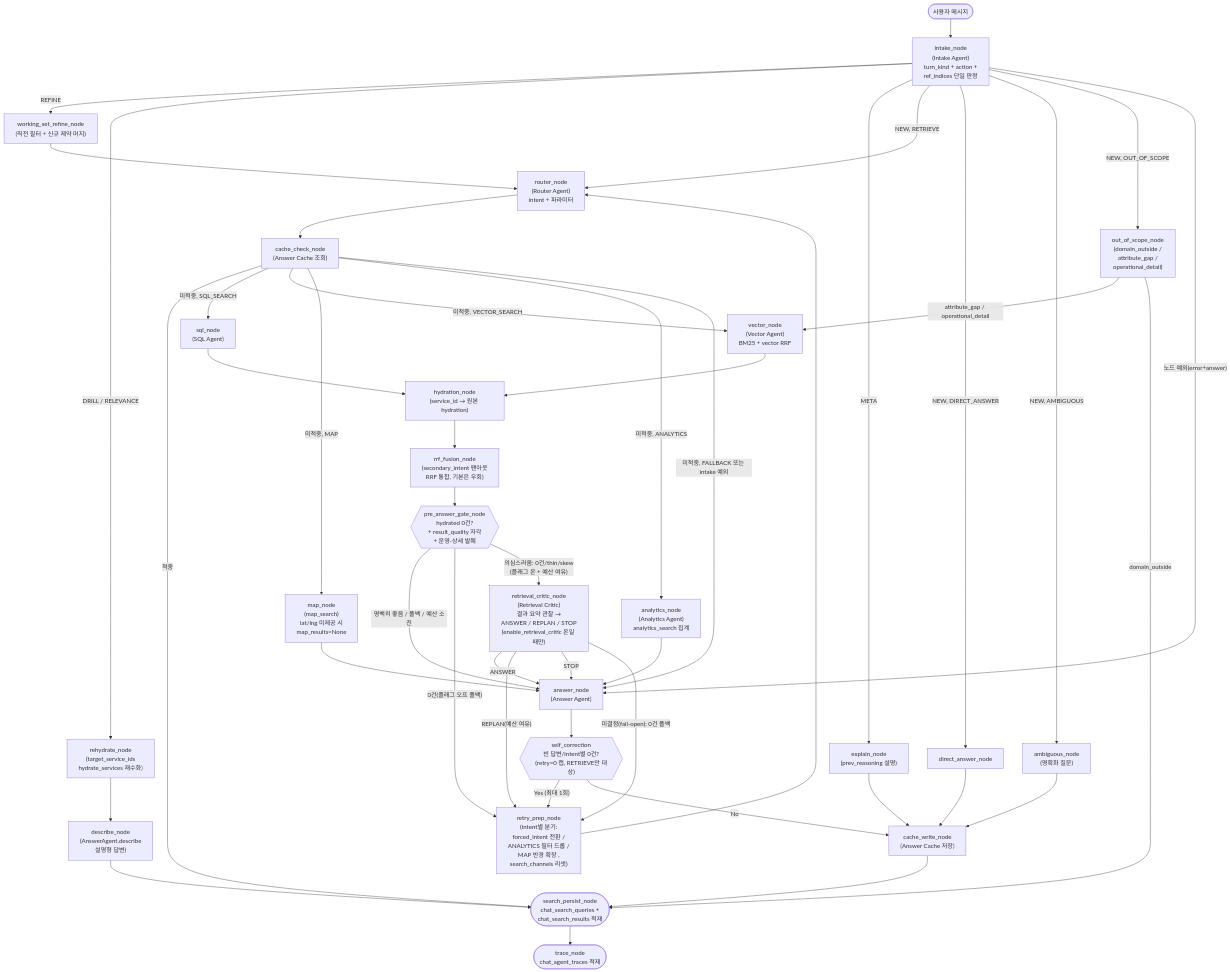
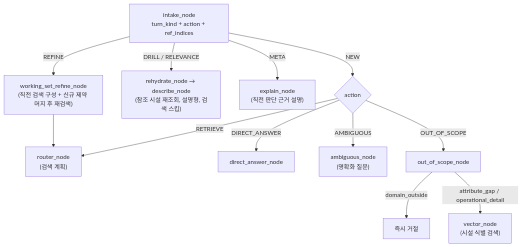
One commit to f-lab-edu/on-seoul changed the second of 4 diagrams in on-seoul-agent/docs/ai-agent-design.md. Above: the diagram before and after it, drawn with Mermaid. The commit also changed other lines of this file and 5 other files, not shown here.

````diff
--- a/on-seoul-agent/docs/ai-agent-design.md
+++ b/on-seoul-agent/docs/ai-agent-design.md
@@ -21,81 +85,15 @@
 ```mermaid
 flowchart TD
-    START(["사용자 메시지"])
-    INTAKE["intake_node<br/>(Intake Agent)<br/>turn_kind + action +<br/>ref_indices 단일 판정"]
-    WSREFINE["working_set_refine_node<br/>(직전 필터 + 신규 제약 머지)"]
-    REHYDRATE["rehydrate_node<br/>(target_service_ids<br/>hydrate_services 재수화)"]
-    DESCRIBE["describe_node<br/>(AnswerAgent.describe<br/>설명형 답변)"]
-    ROUTER["router_node<br/>(Router Agent)<br/>intent + 파라미터"]
-    DIRECT["direct_answer_node"]
-    AMBIG["ambiguous_node<br/>(명확화 질문)"]
-    OOS["out_of_scope_node<br/>(domain_outside /<br/>attribute_gap /<br/>operational_detail)"]
-    EXPLAIN["explain_node<br/>(prev_reasoning 설명)"]
-    CACHE_CHECK["cache_check_node<br/>(Answer Cache 조회)"]
-    SQL["sql_node<br/>(SQL Agent)"]
-    VECTOR["vector_node<br/>(Vector Agent)<br/>BM25 + vector RRF"]
-    MAP["map_node<br/>(map_search)<br/>lat/lng 미제공 시<br/>map_results=None"]
-    ANALYTICS["analytics_node<br/>(Analytics Agent)<br/>analytics_search 집계"]
-    HYDRATION["hydration_node<br/>(service_id → 원본 hydration)"]
-    RRF["rrf_fusion_node<br/>(secondary_intent 팬아웃<br/>RRF 통합, 기본은 우회)"]
-    GATE{{"pre_answer_gate_node<br/>hydrated 0건?<br/>+ result_quality 자각<br/>+ 운영-상세 발췌"}}
-    CRITIC["retrieval_critic_node<br/>(Retrieval Critic)<br/>결과 요약 관찰 →<br/>ANSWER / REPLAN / STOP<br/>(enable_retrieval_critic 온일 때만)"]
-    ANSWER["answer_node<br/>(Answer Agent)"]
-    SELF_CORR{{"self_correction<br/>빈 답변/intent별 0건?<br/>(retry=0 캡, RETRIEVE만 대상)"}}
-    RETRY_PREP["retry_prep_node<br/>(intent별 분기:<br/>forced_intent 전환 /<br/>ANALYTICS 필터 드롭 /<br/>MAP 반경 확장 , <br/>search_channels 리셋)"]
-    CACHE_WRITE["cache_write_node<br/>(Answer Cache 저장)"]
-    SEARCH_PERSIST(["search_persist_node<br/>chat_search_queries +<br/>chat_search_results 적재"])
-    TRACE(["trace_node<br/>chat_agent_traces 적재"])
-
-    START --> INTAKE
-
-    INTAKE -- "REFINE" --> WSREFINE
-    INTAKE -- "DRILL / RELEVANCE" --> REHYDRATE
-    INTAKE -- "META" --> EXPLAIN
-    INTAKE -- "NEW, RETRIEVE" --> ROUTER
-    INTAKE -- "NEW, DIRECT_ANSWER" --> DIRECT
-    INTAKE -- "NEW, AMBIGUOUS" --> AMBIG
-    INTAKE -- "NEW, OUT_OF_SCOPE" --> OOS
-    INTAKE -- "노드 예외(error+answer)" --> ANSWER
-
-    WSREFINE --> ROUTER
-
-    REHYDRATE --> DESCRIBE
-    DESCRIBE --> SEARCH_PERSIST
-
-    ROUTER --> CACHE_CHECK
-
-    OOS -- "attribute_gap / operational_detail" --> VECTOR
-    OOS -- "domain_outside" --> SEARCH_PERSIST
-
-    CACHE_CHECK -- "적중" --> SEARCH_PERSIST
-    CACHE_CHECK -- "미적중, SQL_SEARCH" --> SQL
-    CACHE_CHECK -- "미적중, VECTOR_SEARCH" --> VECTOR
-    CACHE_CHECK -- "미적중, MAP" --> MAP
-    CACHE_CHECK -- "미적중, ANALYTICS" --> ANALYTICS
-    CACHE_CHECK -- "미적중, FALLBACK 또는 intake 예외" --> ANSWER
-
-    SQL --> HYDRATION
-    VECTOR --> HYDRATION
-    HYDRATION --> RRF
-    RRF --> GATE
-    GATE -- "명백히 좋음 / 폴백 / 예산 소진" --> ANSWER
-    GATE -- "0건(플래그 오프 폴백)" --> RETRY_PREP
-    GATE -- "의심스러움: 0건/thin/skew<br/>(플래그 온 + 예산 여유)" --> CRITIC
-    CRITIC -- "ANSWER" --> ANSWER
-    CRITIC -- "REPLAN(예산 여유)" --> RETRY_PREP
-    CRITIC -- "STOP" --> ANSWER
-    CRITIC -- "미결정(fail-open): 0건 폴백" --> RETRY_PREP
-    MAP --> ANSWER
-    ANALYTICS --> ANSWER
-
-    DIRECT --> CACHE_WRITE
-    AMBIG --> CACHE_WRITE
-    EXPLAIN --> CACHE_WRITE
-
-    ANSWER --> SELF_CORR
-    SELF_CORR -- "Yes (최대 1회)" --> RETRY_PREP
-    RETRY_PREP --> ROUTER
-    SELF_CORR -- "No" --> CACHE_WRITE
-    CACHE_WRITE --> SEARCH_PERSIST
-    SEARCH_PERSIST --> TRACE
+    IN["intake_node<br/>turn_kind + action + ref_indices"]
+    IN -- "REFINE" --> WS["working_set_refine_node<br/>(직전 검색 구성 + 신규 제약 머지 후 재검색)"]
+    IN -- "DRILL / RELEVANCE" --> RH["rehydrate_node → describe_node<br/>(참조 시설 재조회, 설명형, 검색 스킵)"]
+    IN -- "META" --> EX["explain_node<br/>(직전 판단 근거 설명)"]
+    IN -- "NEW" --> ACT{action}
+    ACT -- "RETRIEVE" --> RT["router_node<br/>(검색 계획)"]
+    ACT -- "DIRECT_ANSWER" --> DA["direct_answer_node"]
+    ACT -- "AMBIGUOUS" --> AM["ambiguous_node<br/>(명확화 질문)"]
+    ACT -- "OUT_OF_SCOPE" --> OOS["out_of_scope_node"]
+    OOS -- "domain_outside" --> RJ["즉시 거절"]
+    OOS -- "attribute_gap / operational_detail" --> VEC["vector_node<br/>(시설 식별 검색)"]
+    WS --> RT
 ```
````
